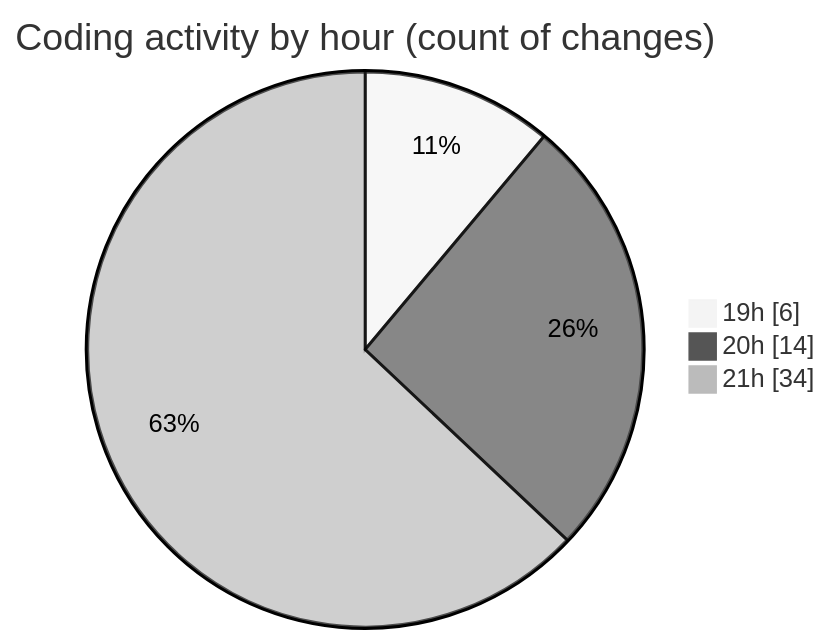
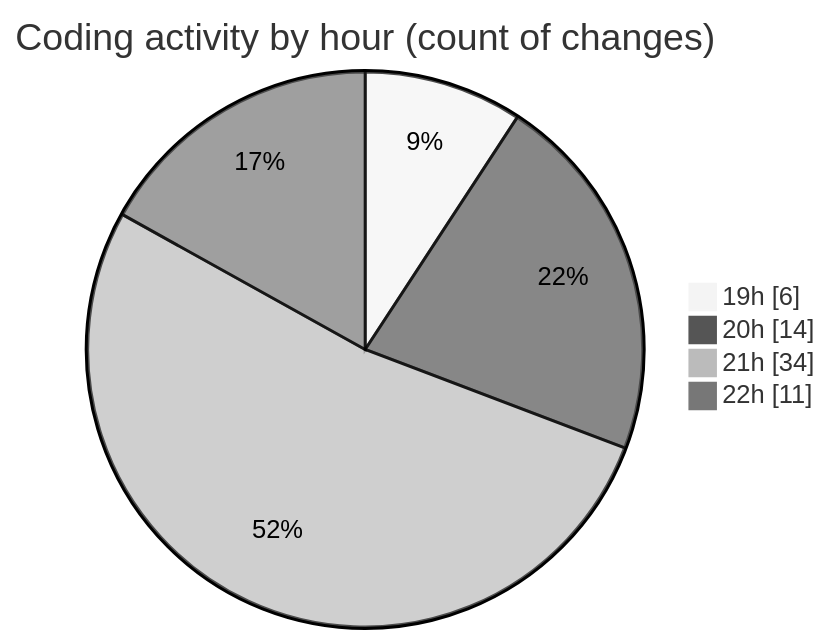
One commit to IJAZ3593/code-tracking changed the second of 2 diagrams in 2025-09-13/new_folder/README.md. Above: the diagram before and after it, drawn with Mermaid (neutral theme). The commit also changed other lines of this file and 1 other file, not shown here.

````diff
--- a/2025-09-13/new_folder/README.md
+++ b/2025-09-13/new_folder/README.md
@@ -35,7 +35,8 @@
 ```mermaid
 pie showData
 title Coding activity by hour (count of changes)
 "19h" : 6
 "20h" : 14
 "21h" : 34
+"22h" : 11
 ```
````
